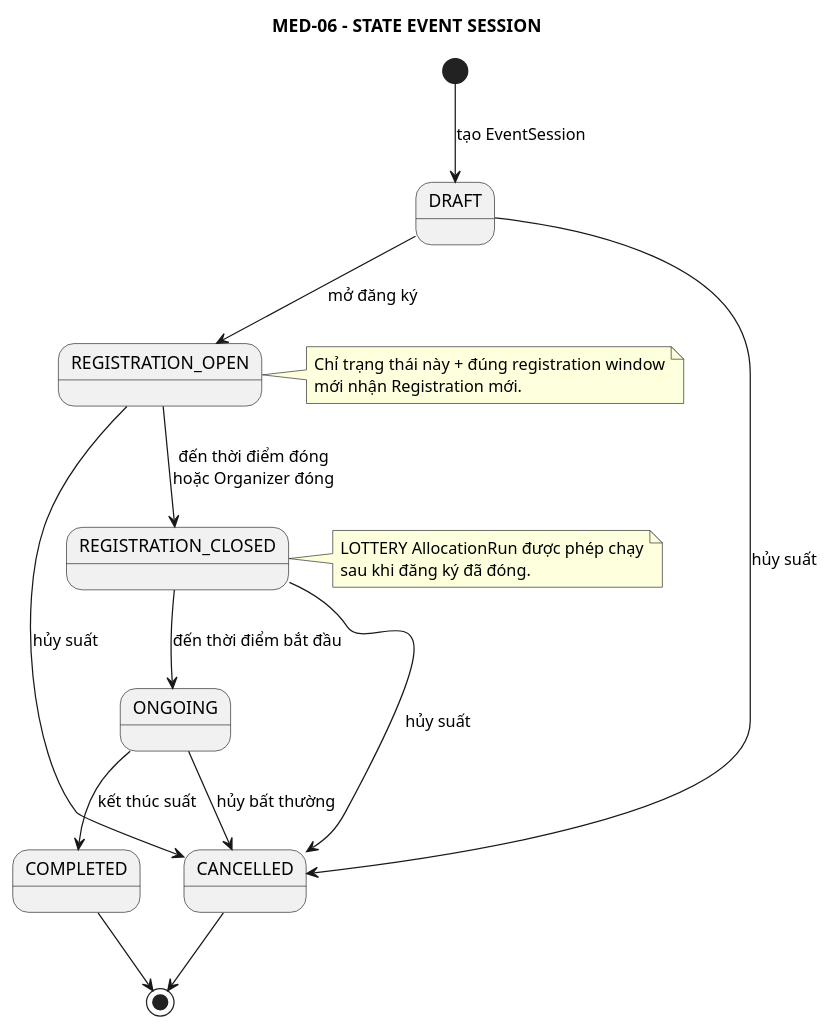
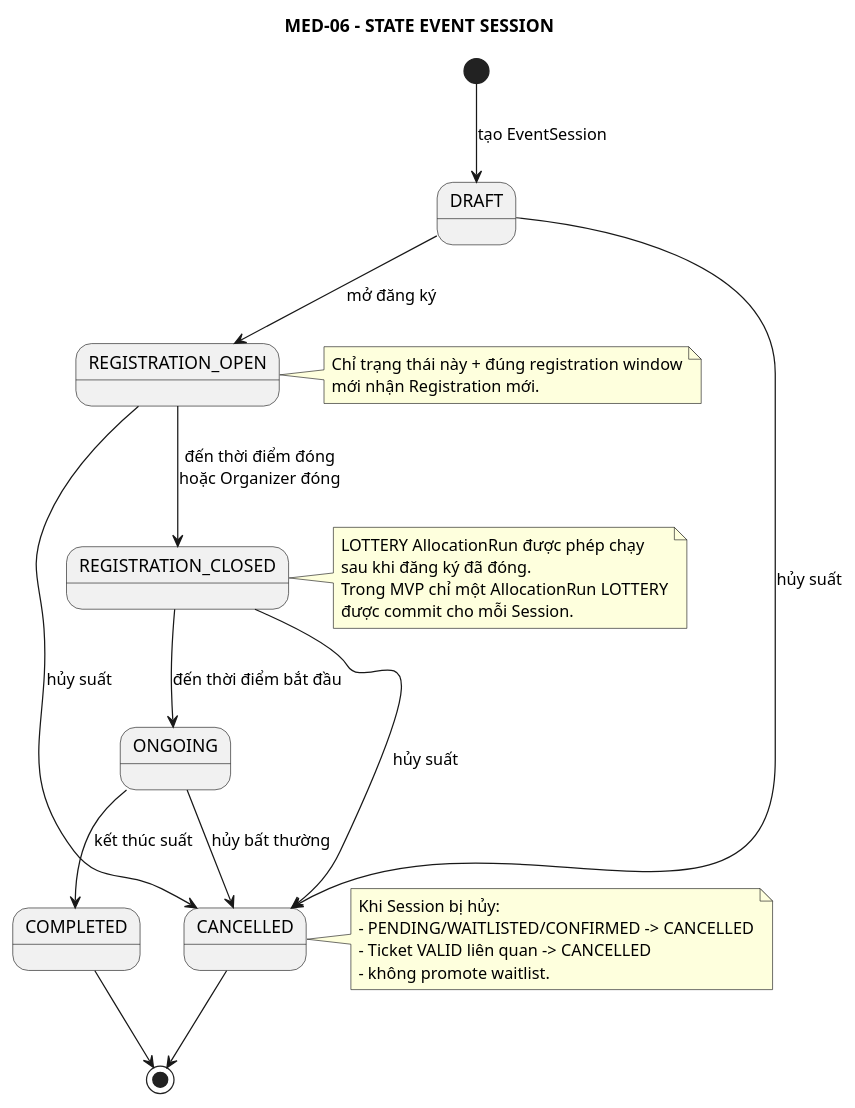
One commit to anh632k-ui/OOP-DoAn changed the diagram in PTTK/07_State/03-event-session-state.puml. Above: the diagram before and after it, drawn with PlantUML.

Commit message:
review(pttk): document session cancellation cascade and lottery invariant

```diff
--- a/PTTK/07_State/03-event-session-state.puml
+++ b/PTTK/07_State/03-event-session-state.puml
@@ -1,32 +1,41 @@
 @startuml
 skinparam shadowing false
 
 title MED-06 - STATE EVENT SESSION
 
 [*] --> DRAFT : tạo EventSession
 DRAFT --> REGISTRATION_OPEN : mở đăng ký
 DRAFT --> CANCELLED : hủy suất
 
 REGISTRATION_OPEN --> REGISTRATION_CLOSED : đến thời điểm đóng\nhoặc Organizer đóng
 REGISTRATION_OPEN --> CANCELLED : hủy suất
 
 REGISTRATION_CLOSED --> ONGOING : đến thời điểm bắt đầu
 REGISTRATION_CLOSED --> CANCELLED : hủy suất
 
 ONGOING --> COMPLETED : kết thúc suất
 ONGOING --> CANCELLED : hủy bất thường
 
 COMPLETED --> [*]
 CANCELLED --> [*]
 
 note right of REGISTRATION_OPEN
 Chỉ trạng thái này + đúng registration window
 mới nhận Registration mới.
 end note
 
 note right of REGISTRATION_CLOSED
 LOTTERY AllocationRun được phép chạy
 sau khi đăng ký đã đóng.
+Trong MVP chỉ một AllocationRun LOTTERY
+được commit cho mỗi Session.
+end note
+
+note right of CANCELLED
+Khi Session bị hủy:
+- PENDING/WAITLISTED/CONFIRMED -> CANCELLED
+- Ticket VALID liên quan -> CANCELLED
+- không promote waitlist.
 end note
 
 @enduml
```
